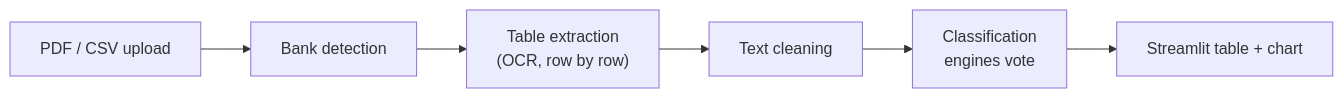
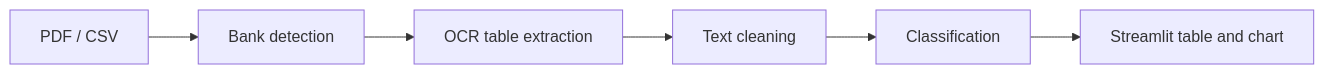
Before and after one commit to Khudbuddin/Smart-Expense-Categorizer: the diagram in README.md, drawn with Mermaid. The commit also changed other lines of this file, not shown here.

````diff
--- a/README.md
+++ b/README.md
@@ -25,8 +28,8 @@
 ```mermaid
 flowchart LR
-    A["PDF / CSV upload"] --> B["Bank detection"]
-    B --> C["Table extraction<br/>(OCR, row by row)"]
+    A["PDF / CSV"] --> B["Bank detection"]
+    B --> C["OCR table extraction"]
     C --> D["Text cleaning"]
-    D --> E["Classification<br/>engines vote"]
-    E --> F["Streamlit table + chart"]
+    D --> E["Classification"]
+    E --> F["Streamlit table and chart"]
 ```
````
